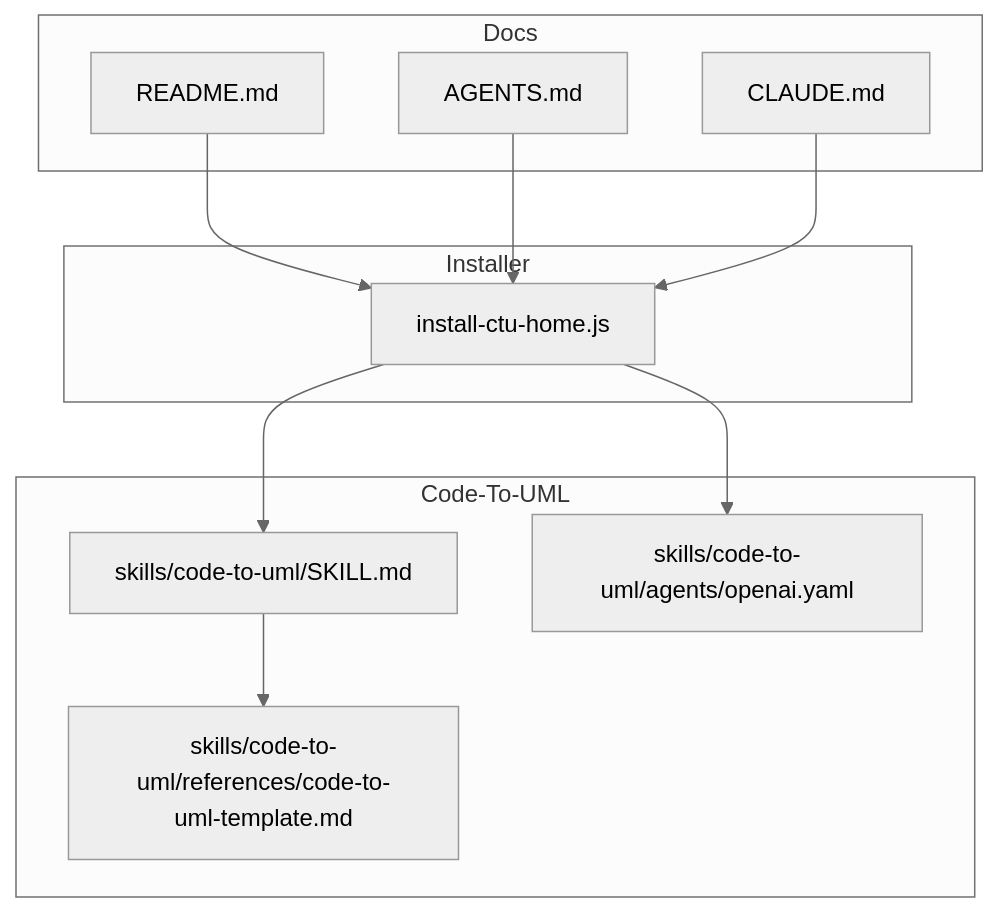
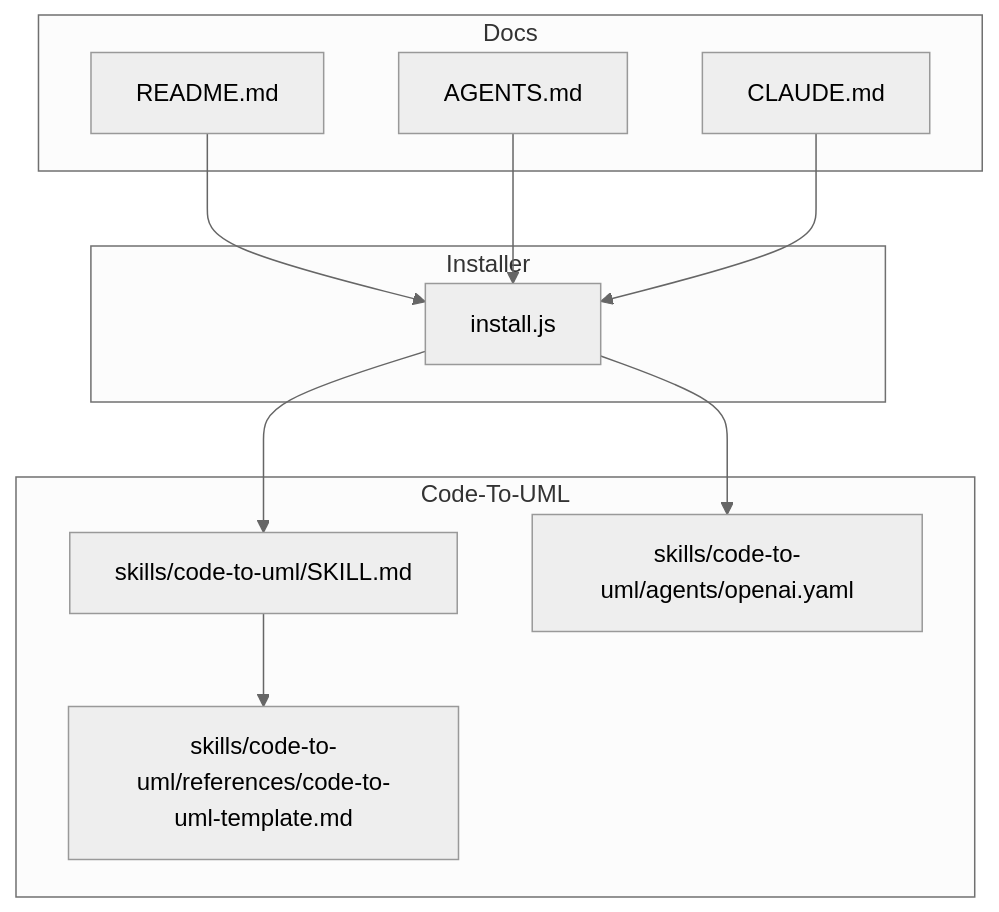
Before and after one commit to pingwurth/code-to-uml: the first of 3 diagrams in .qoder/repowiki/en/content/AI Agent Integration/Agent Setup Guides/OpenAI Codex Support.md, drawn with Mermaid (neutral theme). The commit also changed other lines of this file and 26 other files, not shown here.

Commit message:
rename install-ctu-home.js install.js

````diff
--- a/.qoder/repowiki/en/content/AI Agent Integration/Agent Setup Guides/OpenAI Codex Support.md
+++ b/.qoder/repowiki/en/content/AI Agent Integration/Agent Setup Guides/OpenAI Codex Support.md
@@ -34,22 +34,22 @@
 ```mermaid
 graph TB
 subgraph "Code-To-UML"
 A["skills/code-to-uml/SKILL.md"]
 B["skills/code-to-uml/agents/openai.yaml"]
 C["skills/code-to-uml/references/code-to-uml-template.md"]
 end
 subgraph "Installer"
-D["install-ctu-home.js"]
+D["install.js"]
 end
 subgraph "Docs"
 E["README.md"]
 F["AGENTS.md"]
 G["CLAUDE.md"]
 end
 D --> A
 D --> B
 A --> C
 E --> D
 F --> D
 G --> D
 ```
````
